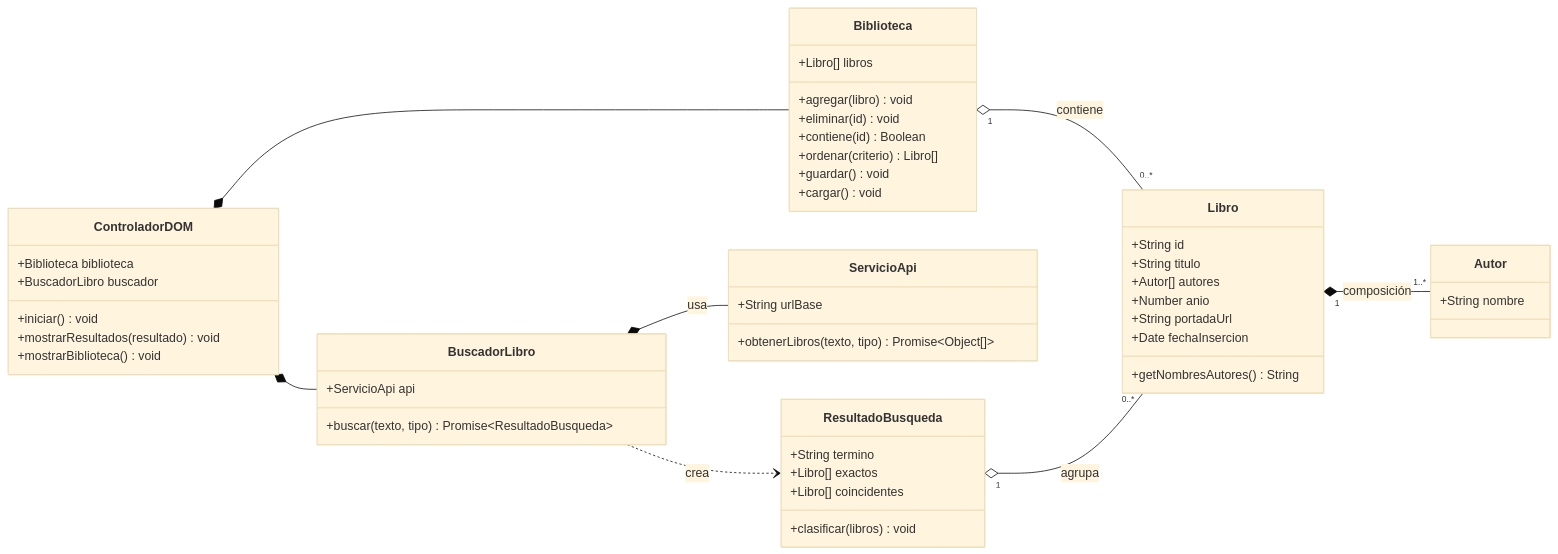
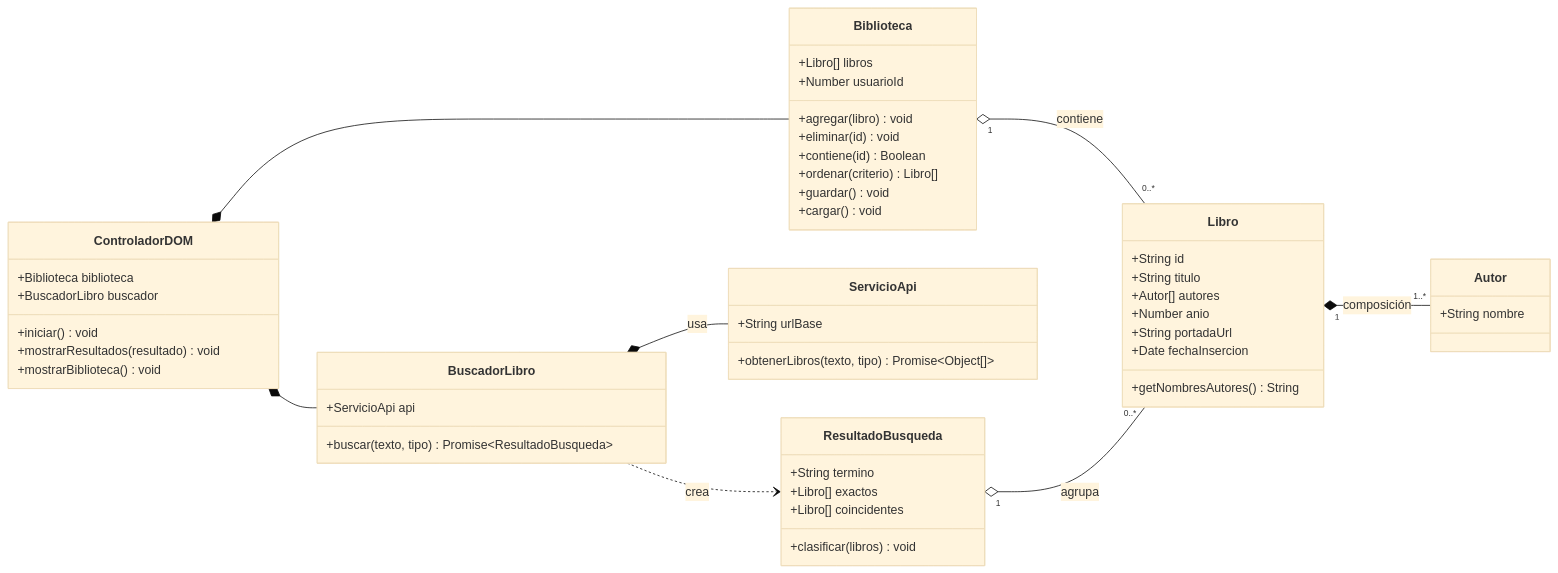
One commit to adribai/punto-y-aparte changed the first of 4 diagrams in diagramas-biblioteca.md. Above: the diagram before and after it, drawn with Mermaid (base theme). The commit also changed 5 other files, not shown here.

````diff
--- a/diagramas-biblioteca.md
+++ b/diagramas-biblioteca.md
@@ -9,61 +9,62 @@
 ```mermaid
 classDiagram
   direction LR
 
   class Autor {
     +String nombre
   }
 
   class Libro {
     +String id
     +String titulo
     +Autor[] autores
     +Number anio
     +String portadaUrl
     +Date fechaInsercion
     +getNombresAutores() String
   }
 
   class Biblioteca {
     +Libro[] libros
+    +Number usuarioId
     +agregar(libro) void
     +eliminar(id) void
     +contiene(id) Boolean
     +ordenar(criterio) Libro[]
     +guardar() void
     +cargar() void
   }
 
   class BuscadorLibro {
     +ServicioApi api
     +buscar(texto, tipo) Promise~ResultadoBusqueda~
   }
 
   class ServicioApi {
     +String urlBase
     +obtenerLibros(texto, tipo) Promise~Object[]~
   }
 
   class ResultadoBusqueda {
     +String termino
     +Libro[] exactos
     +Libro[] coincidentes
     +clasificar(libros) void
   }
 
   class ControladorDOM {
     +Biblioteca biblioteca
     +BuscadorLibro buscador
     +iniciar() void
     +mostrarResultados(resultado) void
     +mostrarBiblioteca() void
   }
 
   Libro "1" *-- "1..*" Autor : composición
   Biblioteca "1" o-- "0..*" Libro : contiene
   ResultadoBusqueda "1" o-- "0..*" Libro : agrupa
   BuscadorLibro ..> ResultadoBusqueda : crea
   BuscadorLibro *-- ServicioApi : usa
   ControladorDOM *-- Biblioteca
   ControladorDOM *-- BuscadorLibro
 ```
````
